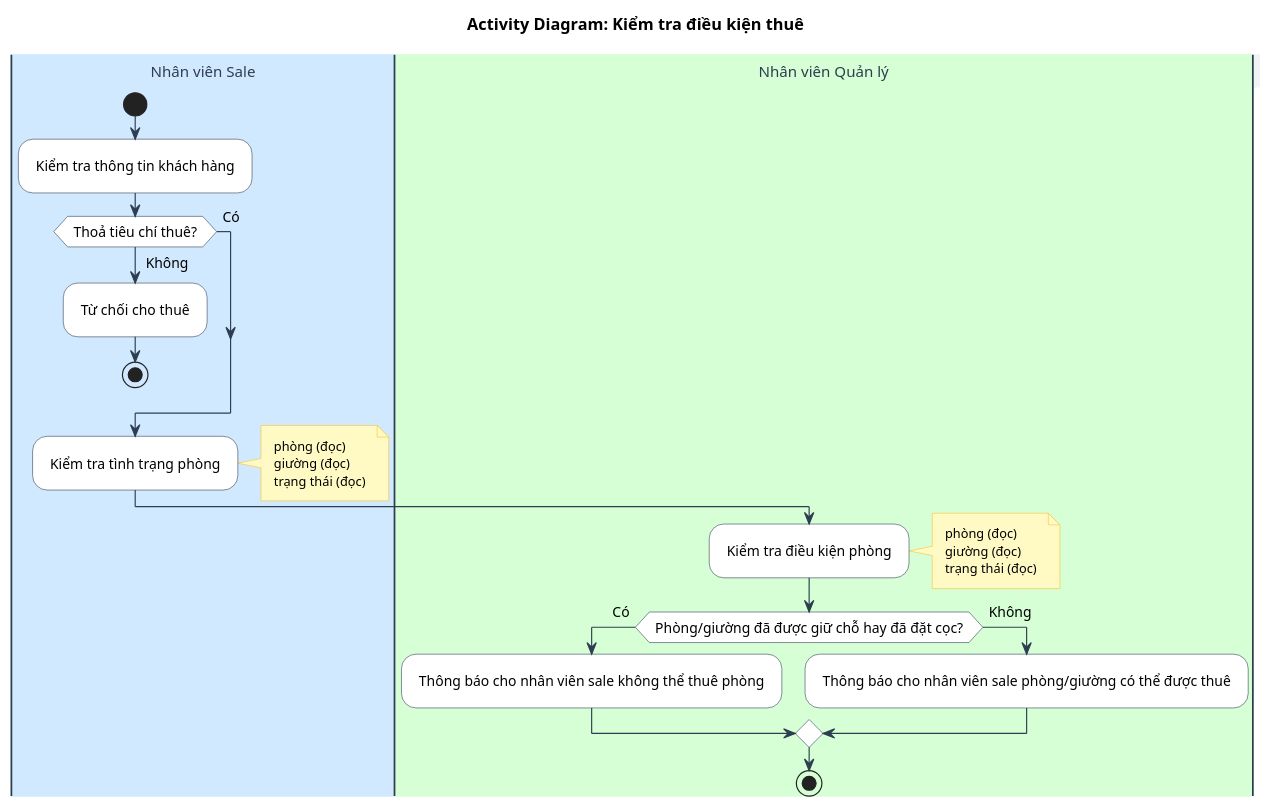
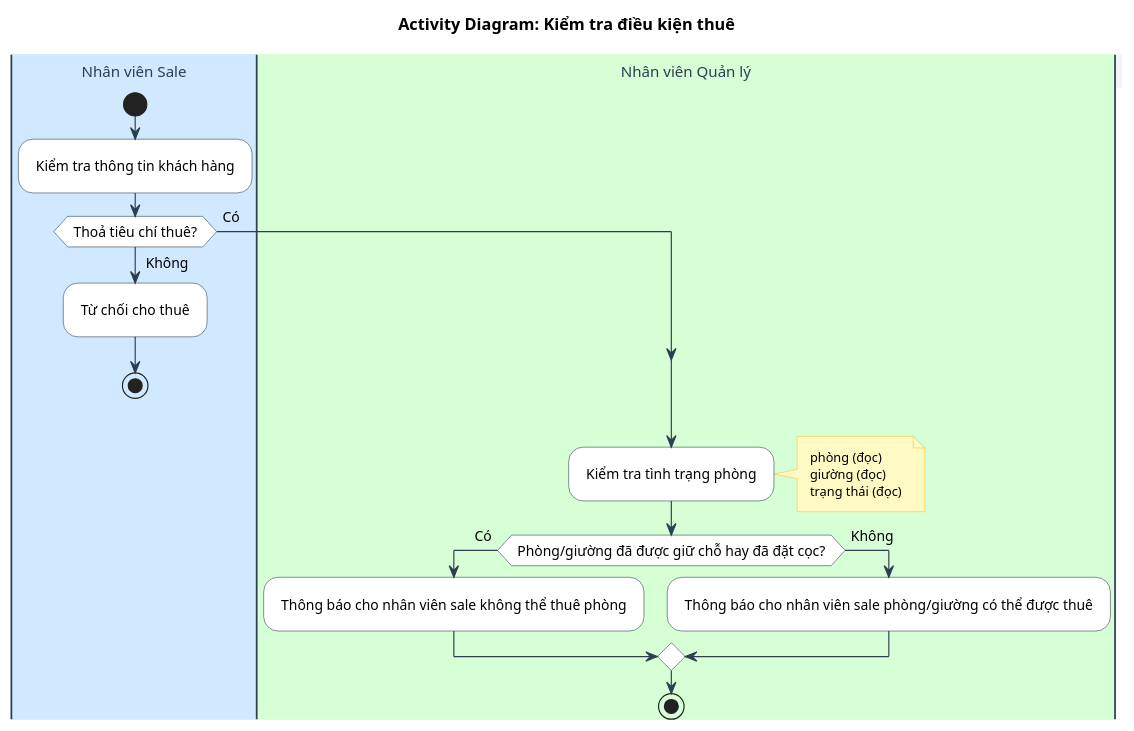
One commit to Gnourt812005/HCMUS-Analyze-and-desgin-IS changed the diagram in doc/business/activity/kiem_tra_dieu_kien_thue.wsd. Above: the diagram before and after it, drawn with PlantUML.

Commit message:
activity/bao: xoá hoạt động dư thừa ở kiểm tra điều kiện thuê

```diff
--- a/doc/business/activity/kiem_tra_dieu_kien_thue.wsd
+++ b/doc/business/activity/kiem_tra_dieu_kien_thue.wsd
@@ -1,63 +1,56 @@
 @startuml KiemTraDieuKienThue
 title Activity Diagram: Kiểm tra điều kiện thuê
 
 ' --- STYLE CONFIGURATION ---
 skinparam {
     ActivityBackgroundColor White
     ActivityBorderColor #2D3E50
     ArrowColor #2D3E50
     DefaultFontName "Arial"
     DefaultFontSize 12
     Padding 5
 
     ' Swimlane styling
     SwimlaneBorderColor #2D3E50
     SwimlaneTitleBackgroundColor #F1F3F5
     SwimlaneTitleFontSize 13
     SwimlaneTitleFontColor #2D3E50
     
     ' Note styling
     NoteBackgroundColor #FFF9C4
     NoteBorderColor #FBC02D
     NoteFontSize 11
 }
 
 ' --- SWIMLANES ---
 |#D1E9FF|Nhân viên Sale|
 |#D6FFD6|Nhân viên Quản lý|
 
 
 |Nhân viên Sale|
 start
 :Kiểm tra thông tin khách hàng;
 
 if (Thoả tiêu chí thuê?) then (Không)
     :Từ chối cho thuê;
     stop
 else (Có)
 endif
 
+|Nhân viên Quản lý|
 :Kiểm tra tình trạng phòng;
-note right
-    phòng (đọc)
-    giường (đọc)
-    trạng thái (đọc)
-end note
-
-|Nhân viên Quản lý|
-:Kiểm tra điều kiện phòng;
 note right
     phòng (đọc)
     giường (đọc)
     trạng thái (đọc)
 end note
 
 if (Phòng/giường đã được giữ chỗ hay đã đặt cọc?) then (Có)
     :Thông báo cho nhân viên sale không thể thuê phòng;
 else (Không)
     :Thông báo cho nhân viên sale phòng/giường có thể được thuê;
 endif
 
 
 stop
 @enduml
```
